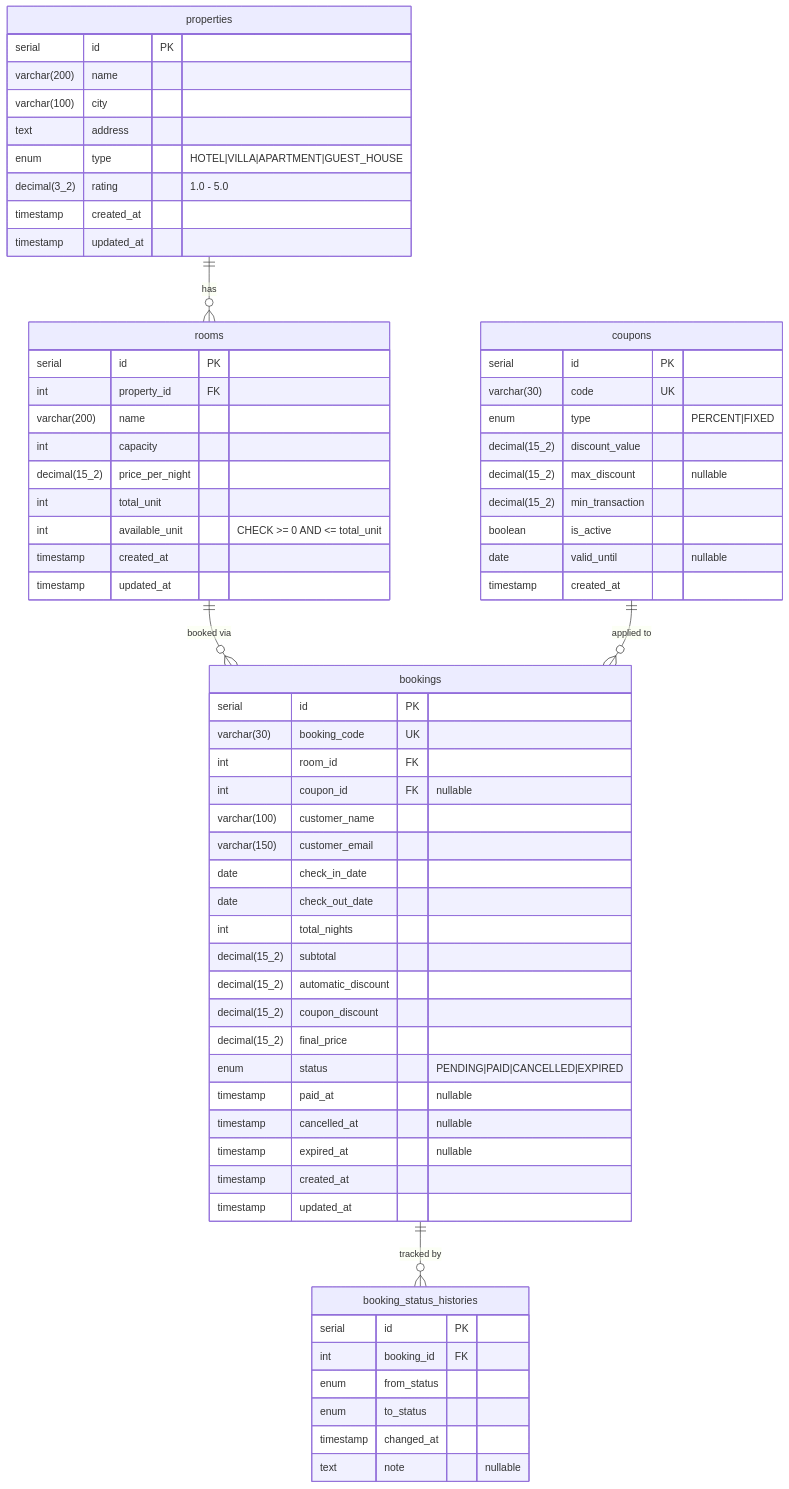
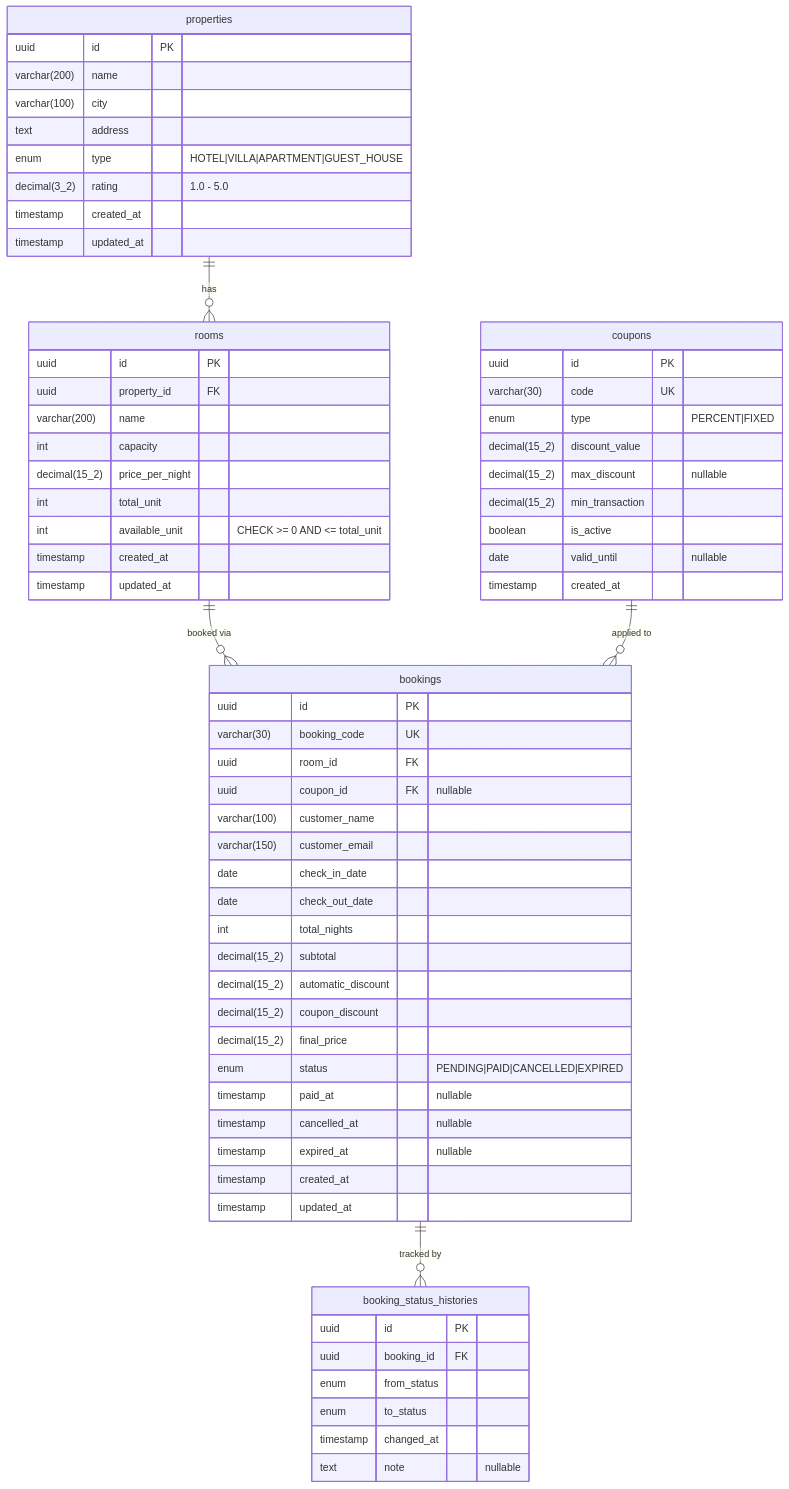
One commit to rdsarjito/property-booking-platform-backend changed the diagram in README.md. Above: the diagram before and after it, drawn with Mermaid.

Commit message:
docs(readme): update database schema diagram with UUID primary key changes

````diff
--- a/README.md
+++ b/README.md
@@ -35,73 +35,73 @@
 ```mermaid
 erDiagram
     properties {
-        serial id PK
+        uuid id PK
         varchar(200) name
         varchar(100) city
         text address
         enum type "HOTEL|VILLA|APARTMENT|GUEST_HOUSE"
         decimal(3_2) rating "1.0 - 5.0"
         timestamp created_at
         timestamp updated_at
     }
 
     rooms {
-        serial id PK
-        int property_id FK
+        uuid id PK
+        uuid property_id FK
         varchar(200) name
         int capacity
         decimal(15_2) price_per_night
         int total_unit
         int available_unit "CHECK >= 0 AND <= total_unit"
         timestamp created_at
         timestamp updated_at
     }
 
     coupons {
-        serial id PK
+        uuid id PK
         varchar(30) code UK
         enum type "PERCENT|FIXED"
         decimal(15_2) discount_value
         decimal(15_2) max_discount "nullable"
         decimal(15_2) min_transaction
         boolean is_active
         date valid_until "nullable"
         timestamp created_at
     }
 
     bookings {
-        serial id PK
+        uuid id PK
         varchar(30) booking_code UK
-        int room_id FK
-        int coupon_id FK "nullable"
+        uuid room_id FK
+        uuid coupon_id FK "nullable"
         varchar(100) customer_name
         varchar(150) customer_email
         date check_in_date
         date check_out_date
         int total_nights
         decimal(15_2) subtotal
         decimal(15_2) automatic_discount
         decimal(15_2) coupon_discount
         decimal(15_2) final_price
         enum status "PENDING|PAID|CANCELLED|EXPIRED"
         timestamp paid_at "nullable"
         timestamp cancelled_at "nullable"
         timestamp expired_at "nullable"
         timestamp created_at
         timestamp updated_at
     }
 
     booking_status_histories {
-        serial id PK
-        int booking_id FK
+        uuid id PK
+        uuid booking_id FK
         enum from_status
         enum to_status
         timestamp changed_at
         text note "nullable"
     }
 
     properties ||--o{ rooms : "has"
     rooms ||--o{ bookings : "booked via"
     coupons ||--o{ bookings : "applied to"
     bookings ||--o{ booking_status_histories : "tracked by"
 ```
````
